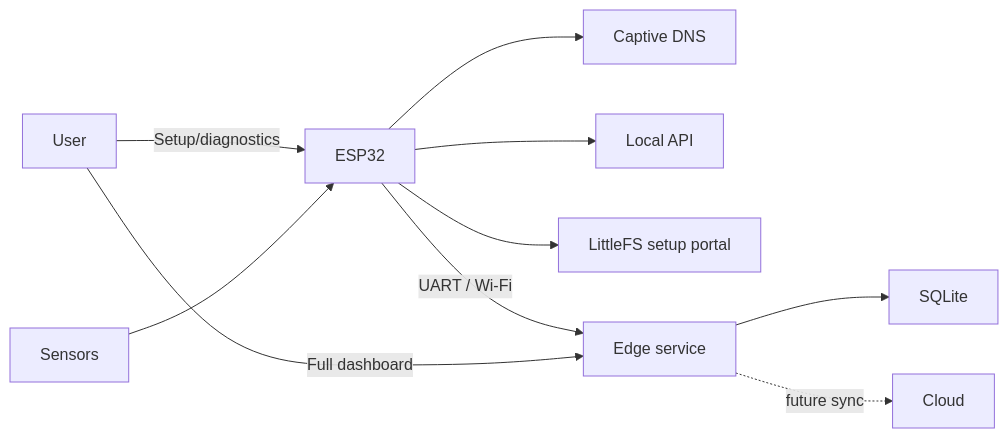
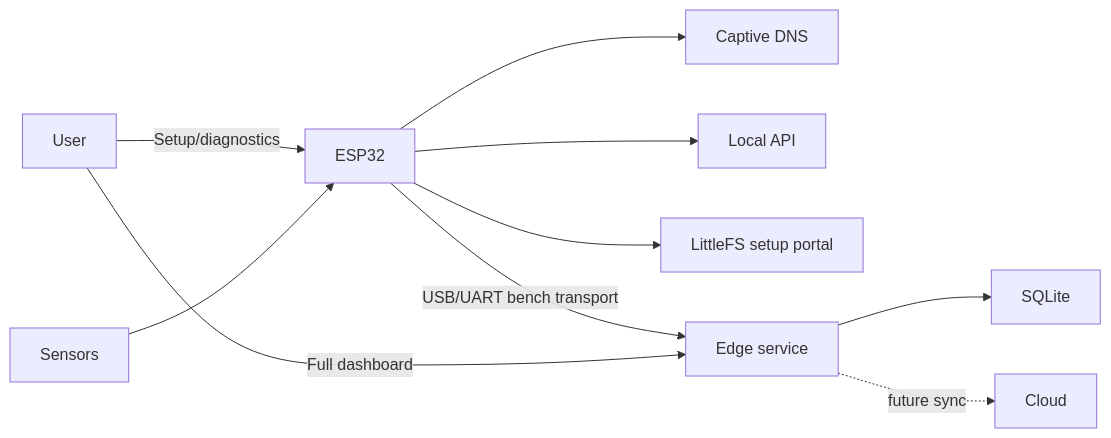
Before and after one commit to Ruzz-1010/Project-FALCON-01: the diagram in docs/SYSTEM_ARCHITECTURE.md, drawn with Mermaid. The commit also changed other lines of this file and 3 other files, not shown here.

````diff
--- a/docs/SYSTEM_ARCHITECTURE.md
+++ b/docs/SYSTEM_ARCHITECTURE.md
@@ -13,12 +13,12 @@
 ```mermaid
 flowchart LR
   User -->|Setup/diagnostics| ESP32
   ESP32 --> DNS[Captive DNS]
   ESP32 --> API[Local API]
   ESP32 --> FS[LittleFS setup portal]
   Sensors --> ESP32
-  ESP32 -->|UART / Wi-Fi| Edge[Edge service]
+  ESP32 -->|USB/UART bench transport| Edge[Edge service]
   User -->|Full dashboard| Edge
   Edge --> DB[SQLite]
   Edge -. future sync .-> Cloud
 ```
````
